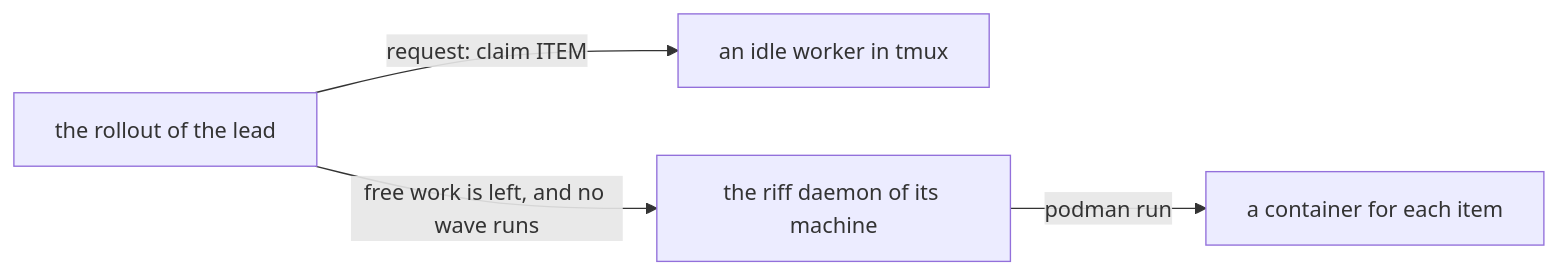
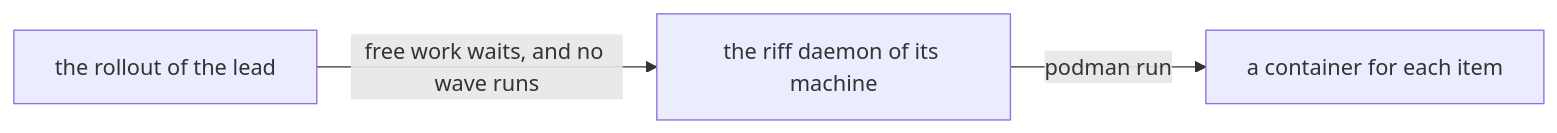
One commit to como-technologies/riff changed diagram 16 of 35 in docs/src/development.md. Above: the diagram before and after it, drawn with Mermaid. The commit also changed other lines of this file and 71 other files, not shown here.

First line of the commit message:
The rollout starts no tmux worker: remove riff workers and the code that only it uses (#1197)

````diff
--- a/docs/src/development.md
+++ b/docs/src/development.md
@@ -1282,6 +1281,5 @@
 ```mermaid
 flowchart LR
-    R["the rollout of the lead"] -- "request: claim ITEM" --> W["an idle worker in tmux"]
-    R -- "free work is left, and no wave runs" --> D["the riff daemon of its machine"]
+    R["the rollout of the lead"] -- "free work waits, and no wave runs" --> D["the riff daemon of its machine"]
     D -- "podman run" --> C["a container for each item"]
 ```
````
